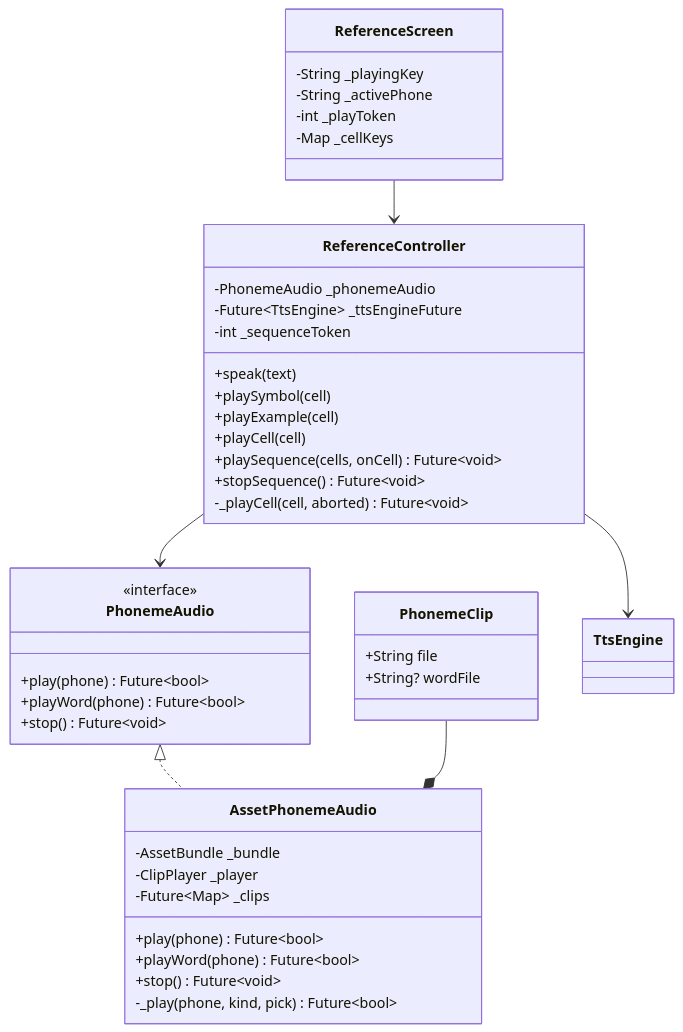
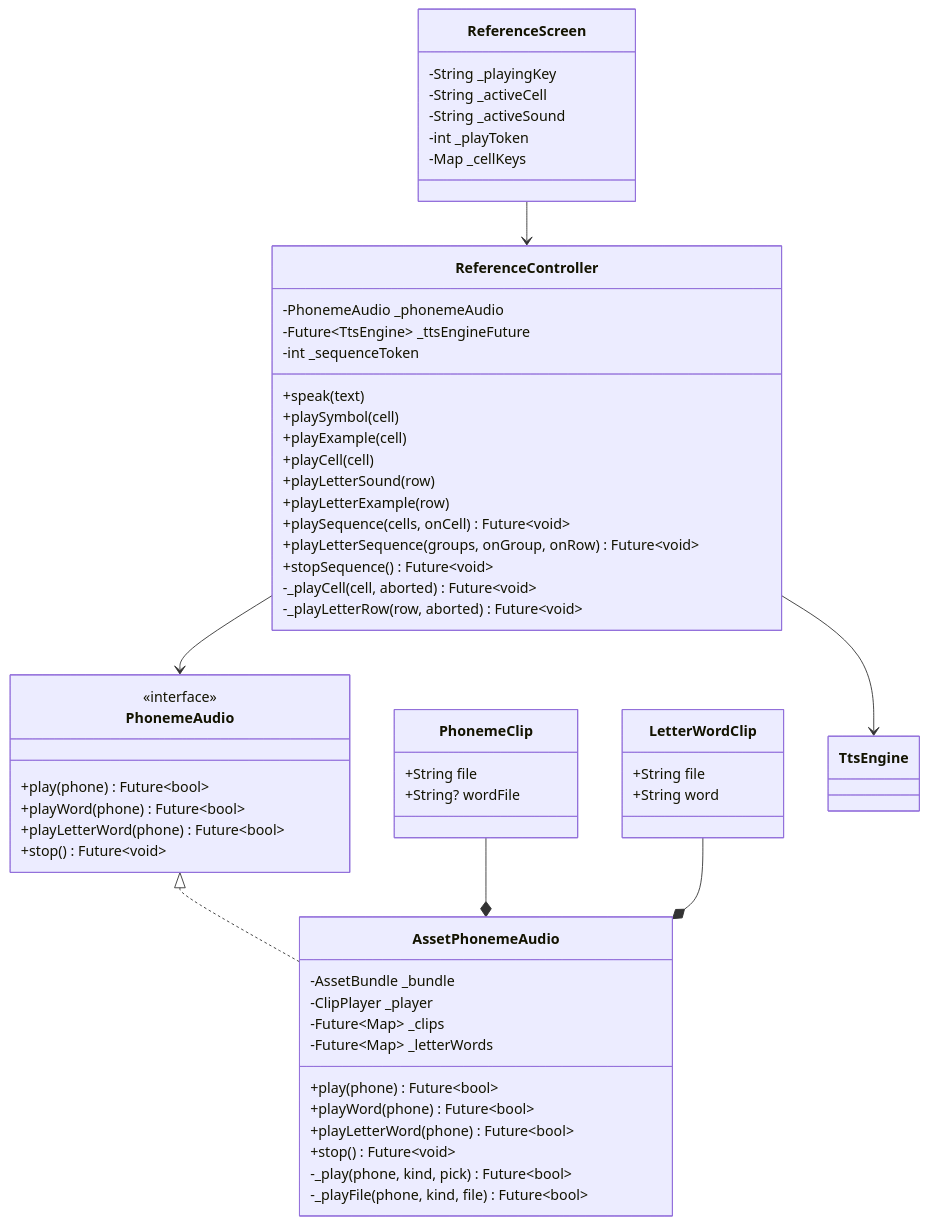
The third of 5 diagrams in impl/app/flutter/docs/phoneme-audio.md (kindywu/contexta), drawn with Mermaid before and after one commit. The commit also changed other lines of this file and 20 other files, not shown here.

````diff
--- a/impl/app/flutter/docs/phoneme-audio.md
+++ b/impl/app/flutter/docs/phoneme-audio.md
@@ -115,45 +122,59 @@
 ```mermaid
 classDiagram
     class PhonemeAudio {
         <<interface>>
         +play(phone) Future~bool~
         +playWord(phone) Future~bool~
+        +playLetterWord(phone) Future~bool~
         +stop() Future~void~
     }
     class PhonemeClip {
         +String file
         +String? wordFile
     }
+    class LetterWordClip {
+        +String file
+        +String word
+    }
     class AssetPhonemeAudio {
         -AssetBundle _bundle
         -ClipPlayer _player
         -Future~Map~ _clips
+        -Future~Map~ _letterWords
         +play(phone) Future~bool~
         +playWord(phone) Future~bool~
+        +playLetterWord(phone) Future~bool~
         +stop() Future~void~
         -_play(phone, kind, pick) Future~bool~
+        -_playFile(phone, kind, file) Future~bool~
     }
     class ReferenceController {
         -PhonemeAudio _phonemeAudio
         -Future~TtsEngine~ _ttsEngineFuture
         -int _sequenceToken
         +speak(text)
         +playSymbol(cell)
         +playExample(cell)
         +playCell(cell)
+        +playLetterSound(row)
+        +playLetterExample(row)
         +playSequence(cells, onCell) Future~void~
+        +playLetterSequence(groups, onGroup, onRow) Future~void~
         +stopSequence() Future~void~
         -_playCell(cell, aborted) Future~void~
+        -_playLetterRow(row, aborted) Future~void~
     }
     class ReferenceScreen {
         -String _playingKey
-        -String _activePhone
+        -String _activeCell
+        -String _activeSound
         -int _playToken
         -Map _cellKeys
     }
     PhonemeAudio <|.. AssetPhonemeAudio
     PhonemeClip --* AssetPhonemeAudio
+    LetterWordClip --* AssetPhonemeAudio
     ReferenceController --> PhonemeAudio
     ReferenceController --> TtsEngine
     ReferenceScreen --> ReferenceController
 ```
````
